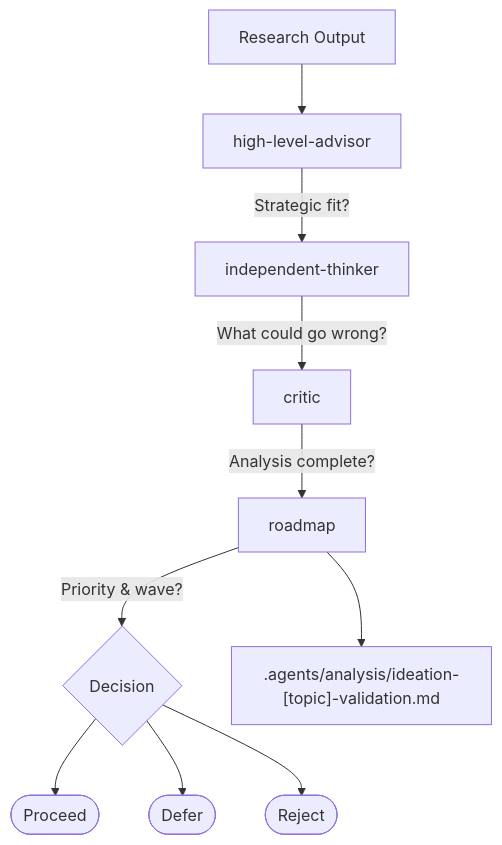
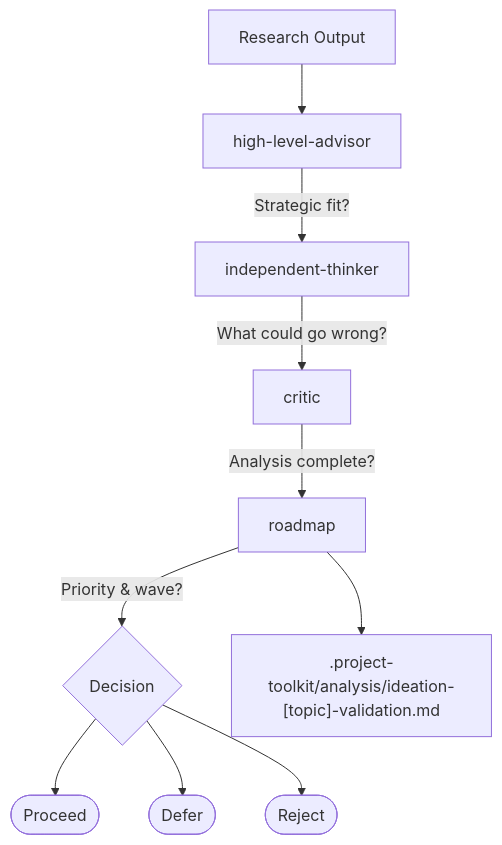
Before and after one commit to rjmurillo/ai-agents: the fifth of 10 diagrams in .agents/AGENT-SYSTEM.md, drawn with Mermaid. The commit also changed other lines of this file and 6192 other files, not shown here.

First line of the commit message:
refactor(5420): move project-toolkit write targets from .agents to .project-toolkit (#5887)

````diff
--- a/.agents/AGENT-SYSTEM.md
+++ b/.agents/AGENT-SYSTEM.md
@@ -977,12 +977,12 @@
 ```mermaid
 flowchart TD
     A[Research Output] --> B[high-level-advisor]
     B -->|Strategic fit?| C[independent-thinker]
     C -->|What could go wrong?| D[critic]
     D -->|Analysis complete?| E[roadmap]
     E -->|Priority & wave?| F{Decision}
     F --> G([Proceed])
     F --> H([Defer])
     F --> I([Reject])
-    E --> J[".agents/analysis/ideation-[topic]-validation.md"]
+    E --> J[".project-toolkit/analysis/ideation-[topic]-validation.md"]
 ```
````
